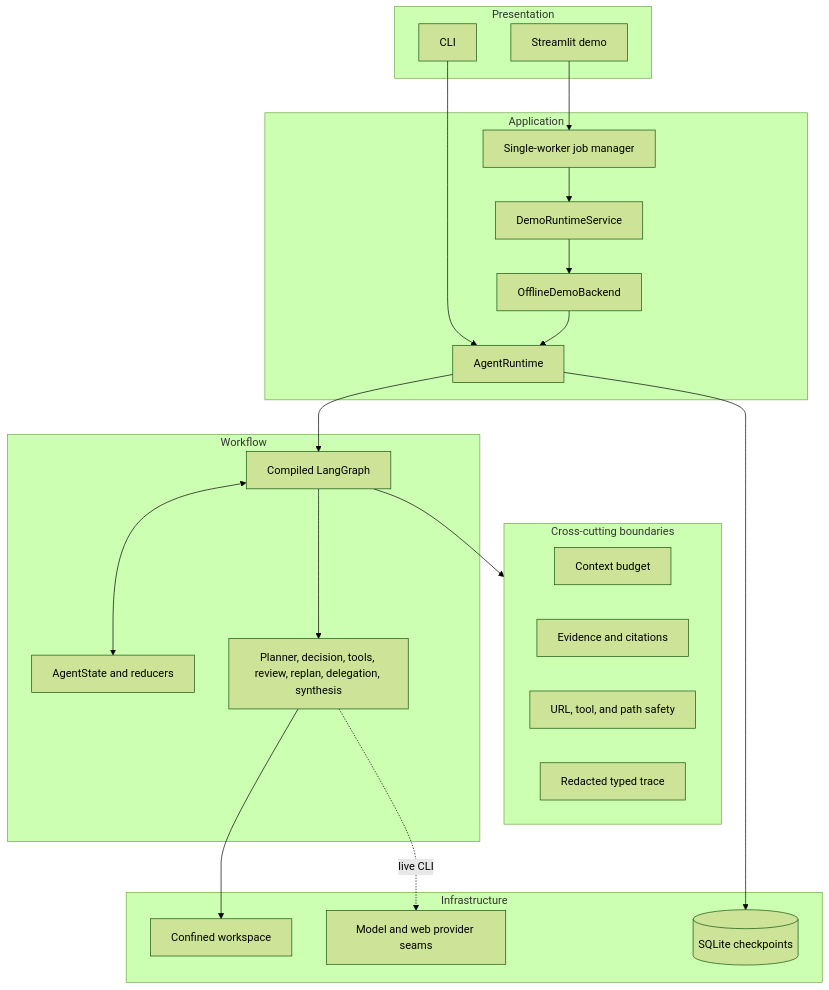
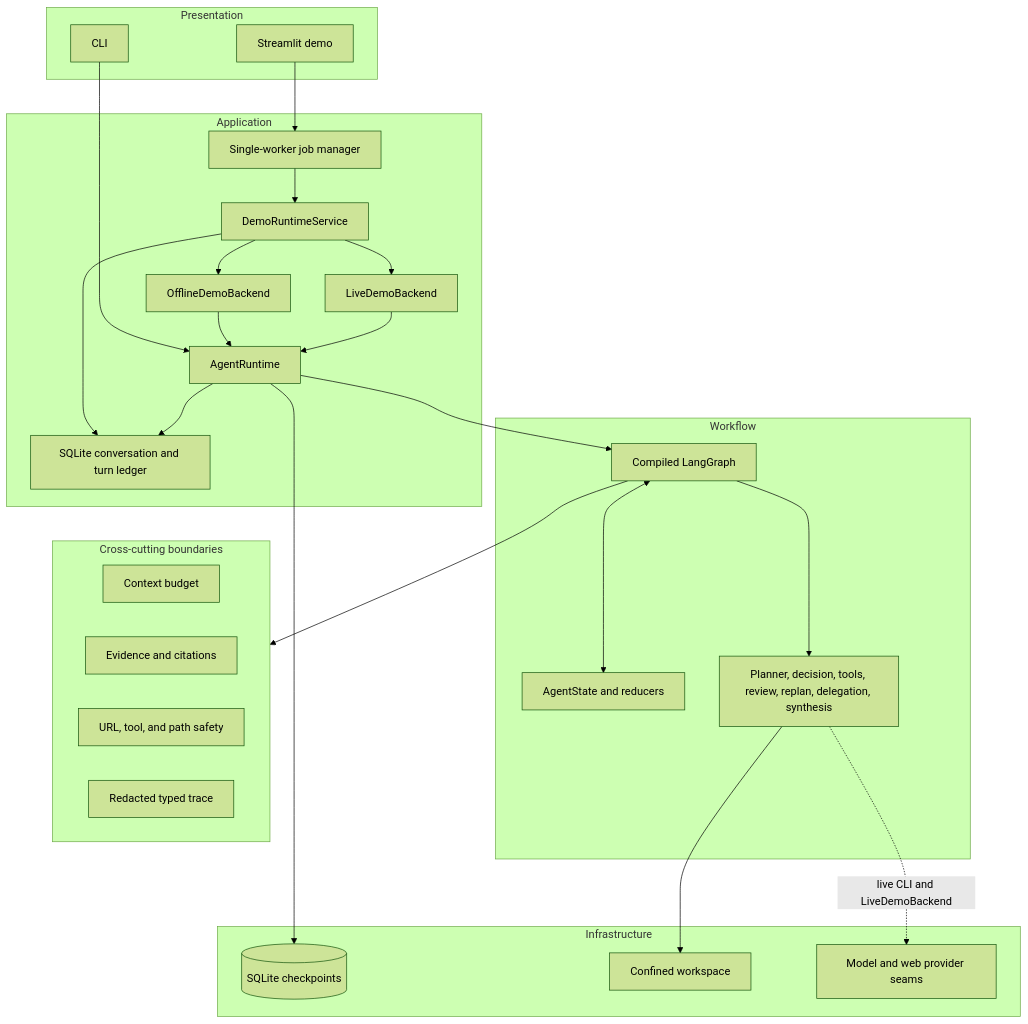
One commit to hhtuann/mini-deerflow changed the first of 3 diagrams in README.md. Above: the diagram before and after it, drawn with Mermaid (forest theme). The commit also changed other lines of this file and 46 other files, not shown here.

````diff
--- a/README.md
+++ b/README.md
@@ -73,38 +75,44 @@
 ```mermaid
 flowchart TB
     subgraph Presentation
         CLI[CLI]
         UI[Streamlit demo]
     end
     subgraph Application
         Jobs[Single-worker job manager]
         Service[DemoRuntimeService]
+        Conversation[SQLite conversation and turn ledger]
+        Live[LiveDemoBackend]
         Offline[OfflineDemoBackend]
         Runtime[AgentRuntime]
     end
     subgraph Workflow
         Graph[Compiled LangGraph]
         State[AgentState and reducers]
         Components[Planner, decision, tools, review, replan, delegation, synthesis]
     end
     subgraph Infrastructure
         DB[(SQLite checkpoints)]
         Workspace[Confined workspace]
         Providers[Model and web provider seams]
     end
     subgraph CrossCutting[Cross-cutting boundaries]
         Context[Context budget]
         Evidence[Evidence and citations]
         Safety[URL, tool, and path safety]
         Trace[Redacted typed trace]
     end
 
     CLI --> Runtime
-    UI --> Jobs --> Service --> Offline --> Runtime
+    UI --> Jobs --> Service
+    Service --> Offline --> Runtime
+    Service --> Live --> Runtime
+    Service --> Conversation
+    Runtime --> Conversation
     Runtime --> Graph <--> State
     Graph --> Components
     Runtime --> DB
     Components --> Workspace
-    Components -. live CLI .-> Providers
+    Components -. live CLI and LiveDemoBackend .-> Providers
     Graph --> CrossCutting
 ```
````
